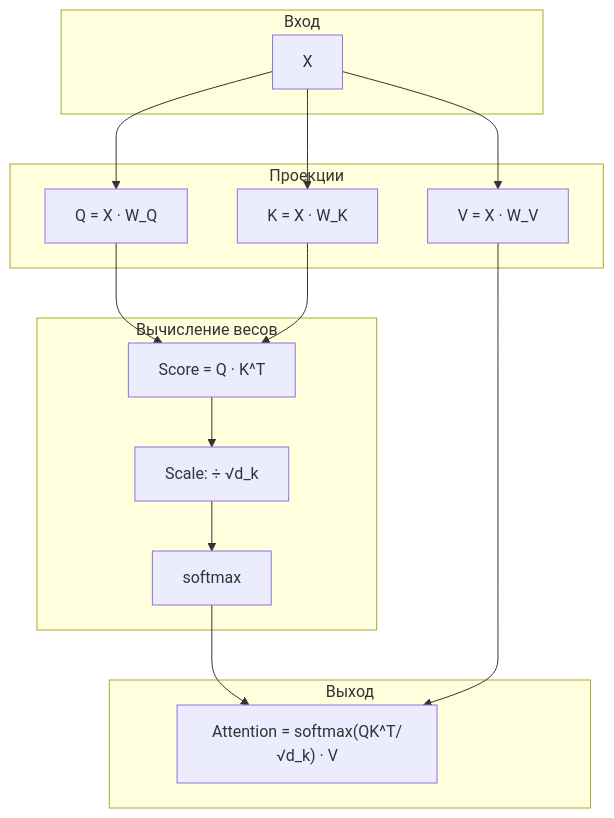
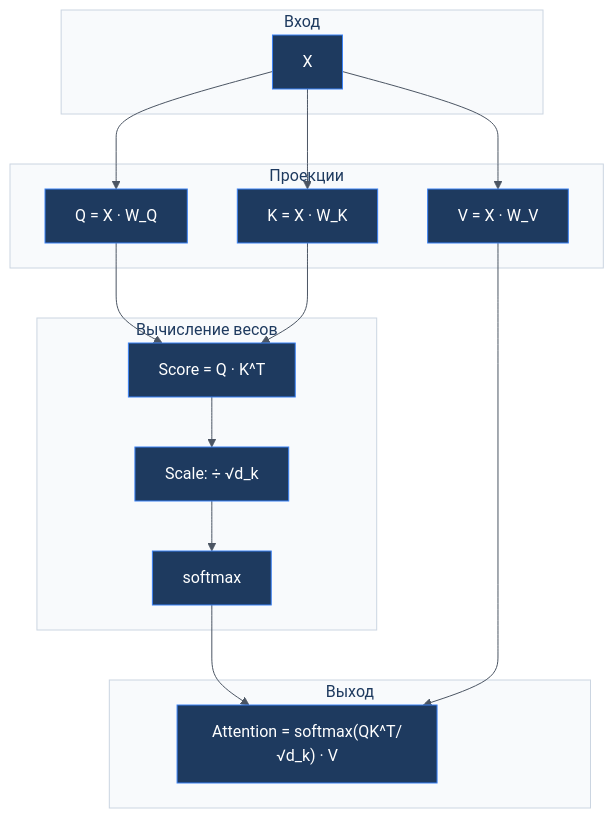
The diagram in docs/self_attention.mmd (Kiraprint/DOOM), drawn with Mermaid before and after one commit. The commit also changed 9 other files, not shown here.

Commit message:
style: add Mermaid diagram theming and larger font sizes

```diff
--- a/docs/self_attention.mmd
+++ b/docs/self_attention.mmd
@@ -1,30 +1,30 @@
-flowchart TD
+%%{init: {'theme': 'base', 'themeVariables': {'primaryColor': '#1e3a5f', 'primaryTextColor': '#fff', 'primaryBorderColor': '#1e3a5f', 'lineColor': '#4B5563', 'secondaryColor': '#dbeafe', 'tertiaryColor': '#fce7f3', 'clusterBkg': '#f8fafc', 'fontSize': 15, 'clusterBorder': '#cbd5e1', 'nodeBorder': '#3b82f6', 'nodeTextColor': '#1e40af', 'titleColor': '#1e3a5f'}}}%% flowchart TD
   subgraph Input["Вход"]
     VHOD["X"]
   end
 
   subgraph Projections["Проекции"]
     Q["Q = X · W_Q"]
     K["K = X · W_K"]
     V["V = X · W_V"]
   end
 
   subgraph Score["Вычисление весов"]
     S["Score = Q · K^T"]
     SCALE["Scale: ÷ √d_k"]
     SM["softmax"]
   end
 
   subgraph Output["Выход"]
     ATT["Attention = softmax(QK^T/√d_k) · V"]
   end
 
   VHOD --> Q
   VHOD --> K
   VHOD --> V
   Q --> S
   K --> S
   S --> SCALE
   SCALE --> SM
   SM --> ATT
   V --> ATT
```
